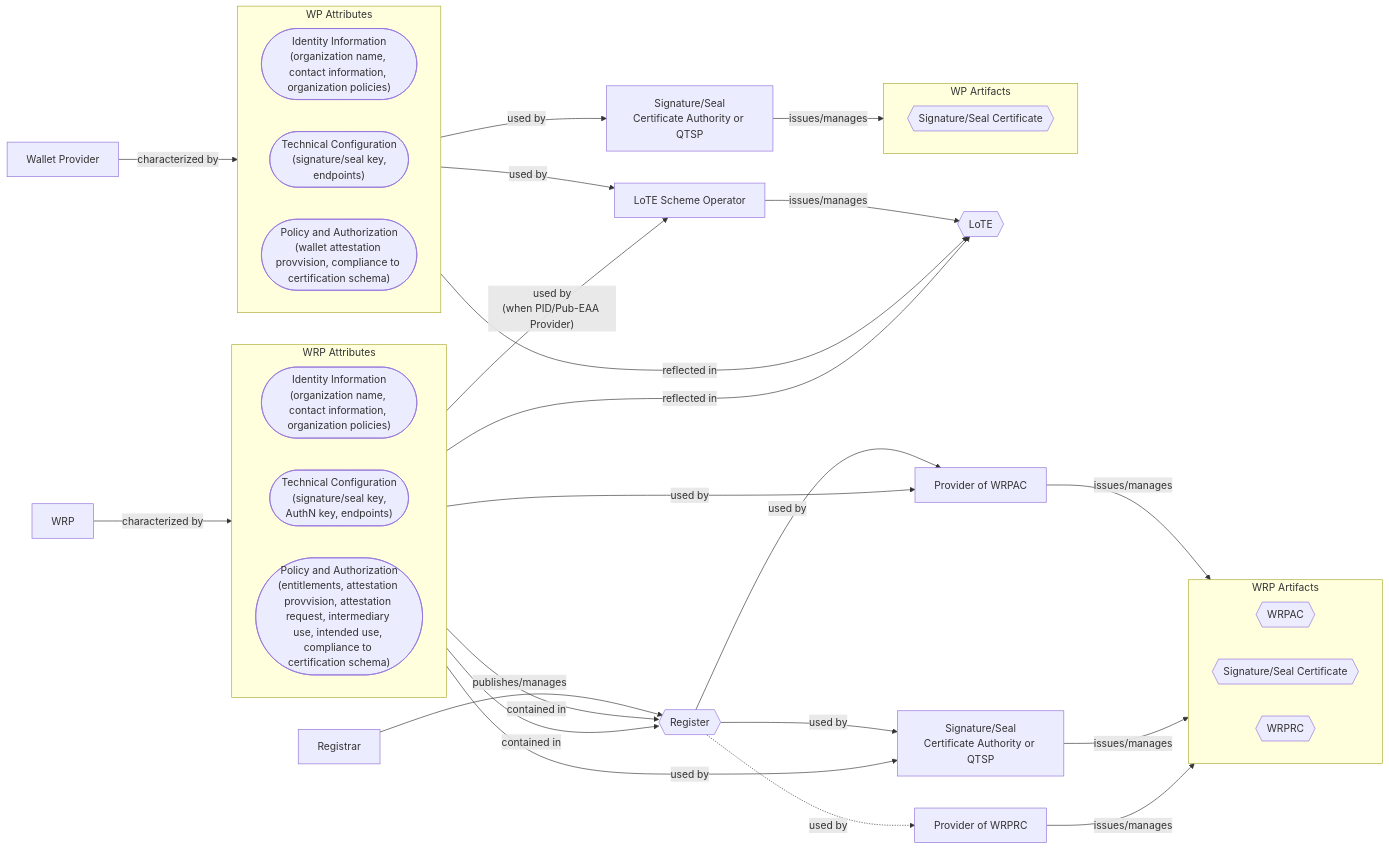
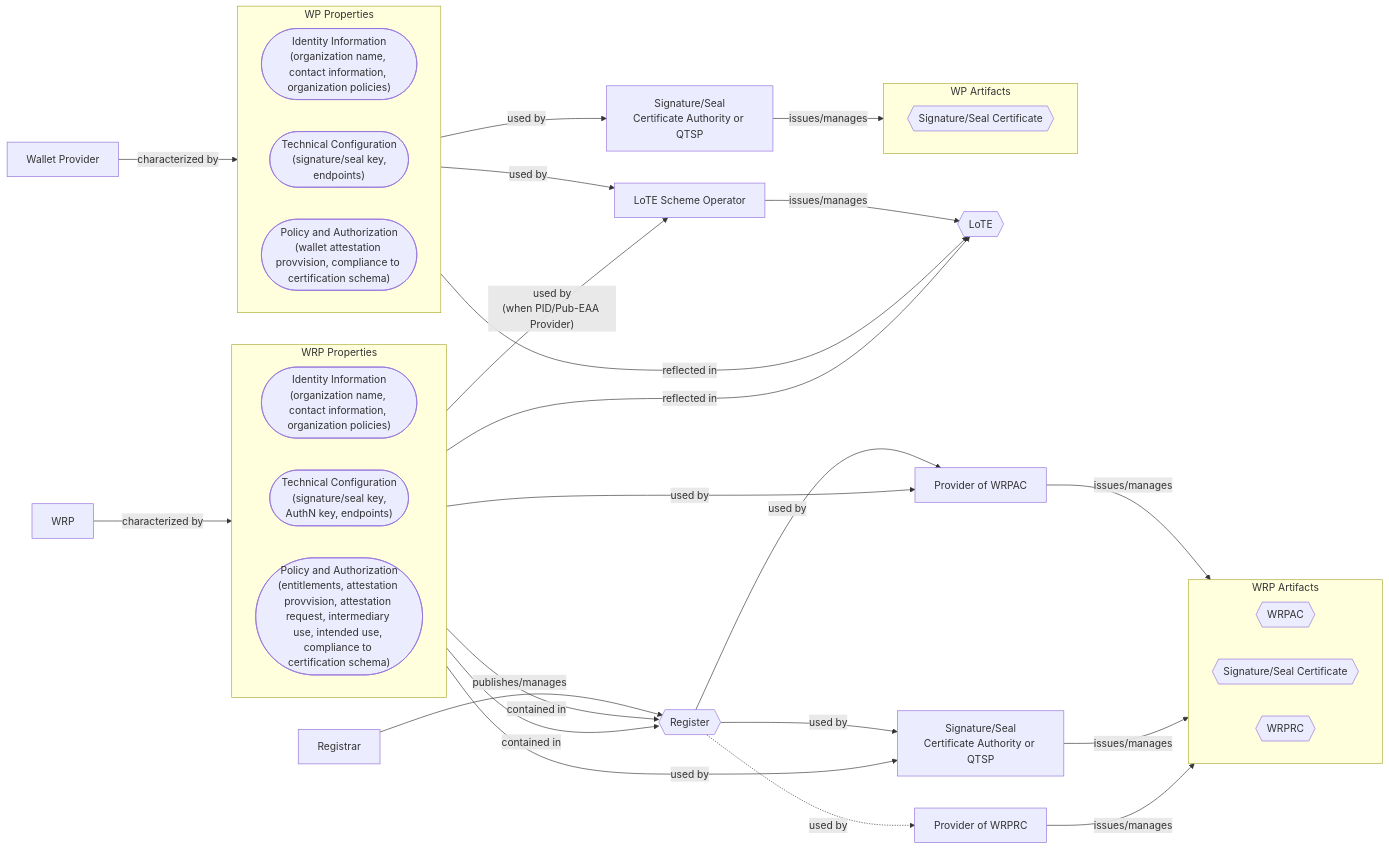
Before and after one commit to APTITUDE-Consortium/wp2-trust-specifications: the second of 5 diagrams in docs/topics/trust-management-process.md, drawn with Mermaid. The commit also changed other lines of this file, not shown here.

````diff
--- a/docs/topics/trust-management-process.md
+++ b/docs/topics/trust-management-process.md
@@ -108,70 +115,70 @@
 ```mermaid
 flowchart LR
     wrp["WRP"]
 
-    subgraph abst["WRP Attributes"]
+    subgraph abst["WRP Properties"]
         direction LR
         id(["Identity Information<br>(organization name, contact information, organization policies)"])
         tech(["Technical Configuration<br>(signature/seal key,<br>AuthN key, endpoints)"])
         authz(["Policy and Authorization<br>(entitlements, attestation provvision, attestation request, intermediary use, intended use, compliance to certification schema)"])
     end
 
     subgraph arti["WRP Artifacts"]
         direction LR
         ac{{"WRPAC"}}
         csig{{"Signature/Seal Certificate"}}
         rc{{"WRPRC"}}
     end
 
     tl{{"LoTE"}}
     reg{{"Register"}}
 
     ca["Signature/Seal<br>Certificate Authority or QTSP"]
     acca["Provider of WRPAC"]
     rcca["Provider of WRPRC"]
     ent_reg["Registrar"]
     tlp["LoTE Scheme Operator"]
 
     ent_reg --"publishes/manages"--> reg
     wrp --"characterized by"--> abst
 
     reg --"used by"--> acca
     tech --"used by"--> acca
     acca --"issues/manages"--> ac
 
     reg --"used by"--> ca
     tech --"used by"--> ca
     ca --"issues/manages"--> csig
 
     reg -."used by".-> rcca
     rcca --"issues/manages"--> rc
 
     id --"contained in"--> reg
     authz --"reflected in"--> tl
     authz --"contained in"--> reg
     abst --"used by<br>(when PID/Pub-EAA Provider)"--> tlp
     tlp --"issues/manages"--> tl
     
 
     wp["Wallet Provider"]
 
-    subgraph abst_wp["WP Attributes"]
+    subgraph abst_wp["WP Properties"]
         direction LR
         id_wp(["Identity Information<br>(organization name, contact information, organization policies)"])
         tech_wp(["Technical Configuration<br>(signature/seal key,<br>endpoints)"])
         authz_wp(["Policy and Authorization<br>(wallet attestation provvision, compliance to certification schema)"])
     end
 
     subgraph arti_wp["WP Artifacts"]
         direction LR
         csig_wp{{"Signature/Seal Certificate"}}
     end
     ca_wp["Signature/Seal<br>Certificate Authority or QTSP"]
 
     wp --"characterized by"--> abst_wp
     authz_wp --"reflected in"--> tl
     tech_wp --"used by"--> ca_wp
     ca_wp --"issues/manages"--> csig_wp
 
     abst_wp --"used by"--> tlp
 ```
````
